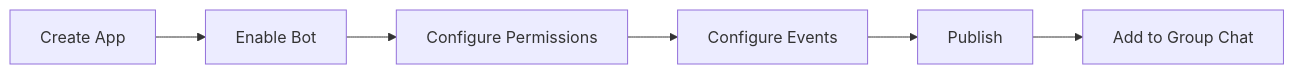
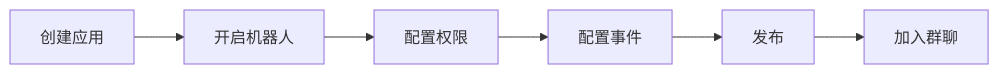
The second of 2 diagrams in docs/00-overview/platform-feishu.md (vzxxbacq/CollabVibe), drawn with Mermaid before and after one commit. The commit also changed other lines of this file and 66 other files, not shown here.

````diff
--- a/docs/00-overview/platform-feishu.md
+++ b/docs/00-overview/platform-feishu.md
@@ -47,8 +47,8 @@
 ```mermaid
 flowchart LR
-  A[Create App] --> B[Enable Bot]
-  B --> C[Configure Permissions]
-  C --> D[Configure Events]
-  D --> E[Publish]
-  E --> F[Add to Group Chat]
+  A[创建应用] --> B[开启机器人]
+  B --> C[配置权限]
+  C --> D[配置事件]
+  D --> E[发布]
+  E --> F[加入群聊]
 ```
````
